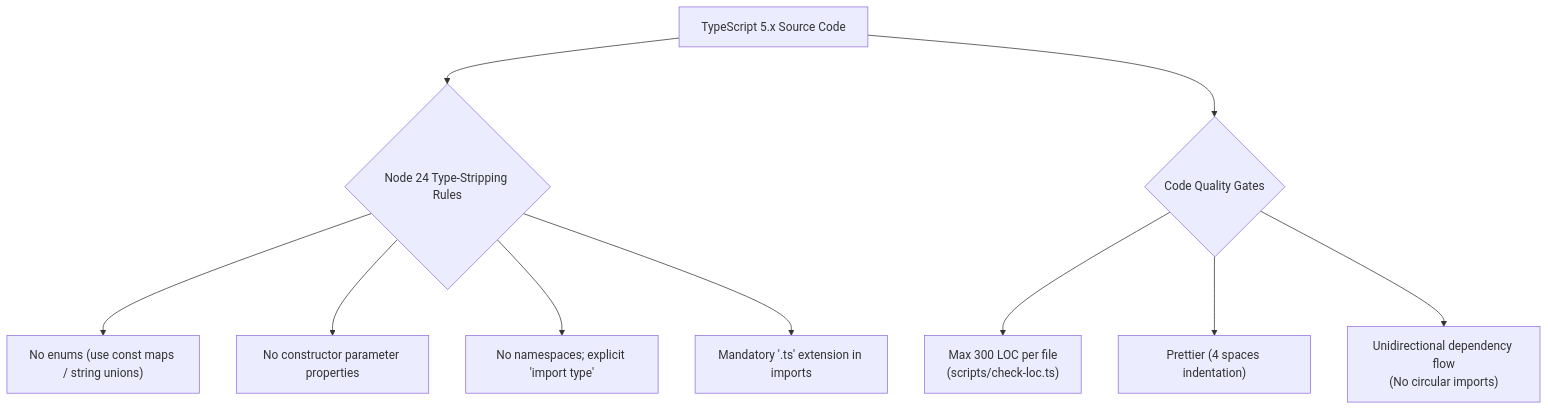
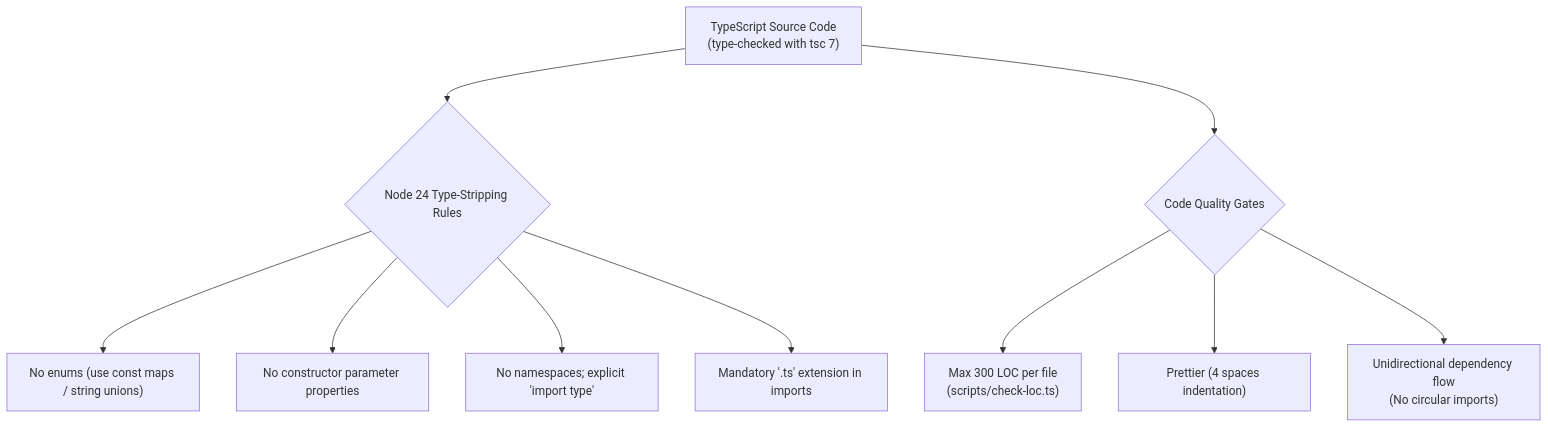
The diagram in docs/5-development/standards.md (fullstackedorg/tunnels), drawn with Mermaid before and after one commit. The commit also changed other lines of this file and 18 other files, not shown here.

````diff
--- a/docs/5-development/standards.md
+++ b/docs/5-development/standards.md
@@ -3,13 +3,13 @@
 ```mermaid
 flowchart TD
-    TS["TypeScript 5.x Source Code"] --> Constraints{"Node 24 Type-Stripping Rules"}
+    TS["TypeScript Source Code\n(type-checked with tsc 7)"] --> Constraints{"Node 24 Type-Stripping Rules"}
     Constraints --> Rule1["No enums (use const maps / string unions)"]
     Constraints --> Rule2["No constructor parameter properties"]
     Constraints --> Rule3["No namespaces; explicit 'import type'"]
     Constraints --> Rule4["Mandatory '.ts' extension in imports"]
 
     TS --> Quality{"Code Quality Gates"}
     Quality --> LOC["Max 300 LOC per file\n(scripts/check-loc.ts)"]
     Quality --> Fmt["Prettier (4 spaces indentation)"]
     Quality --> Boundaries["Unidirectional dependency flow\n(No circular imports)"]
 ```
````
